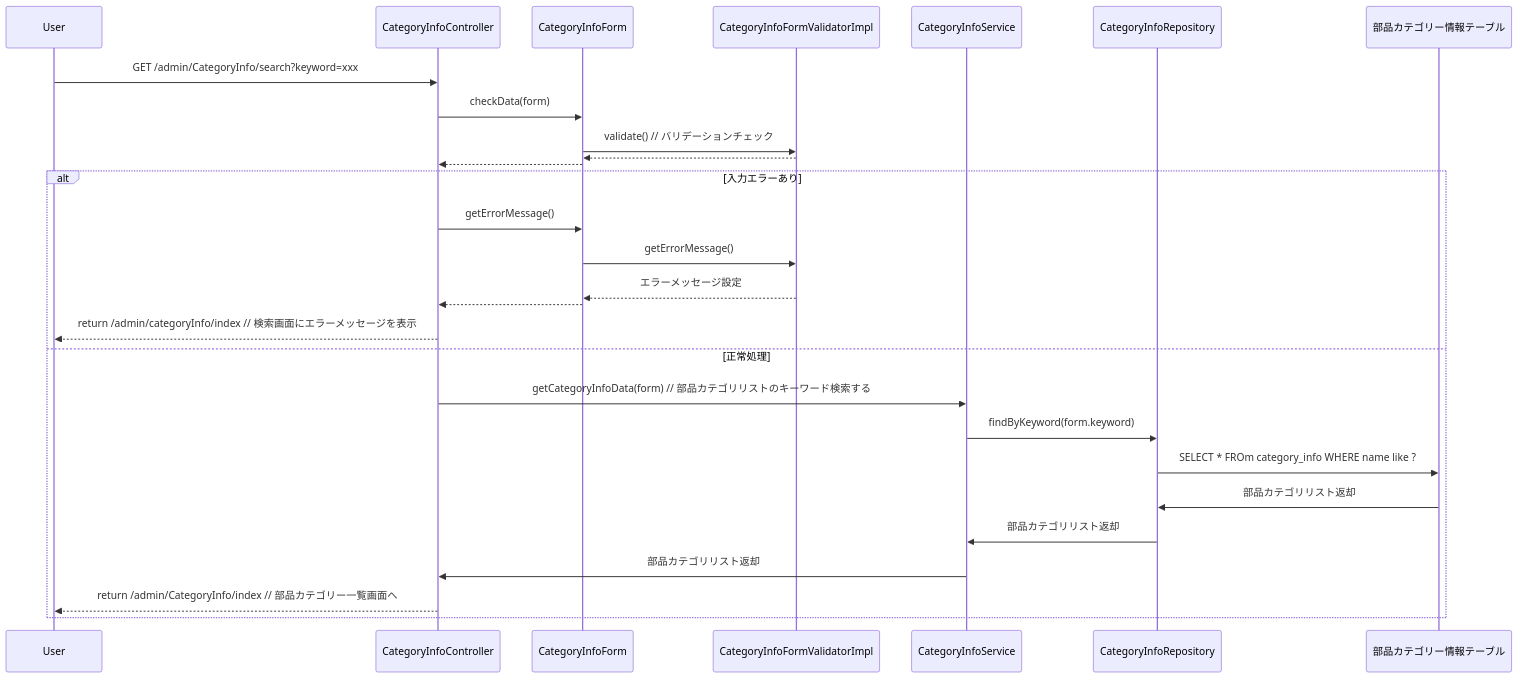
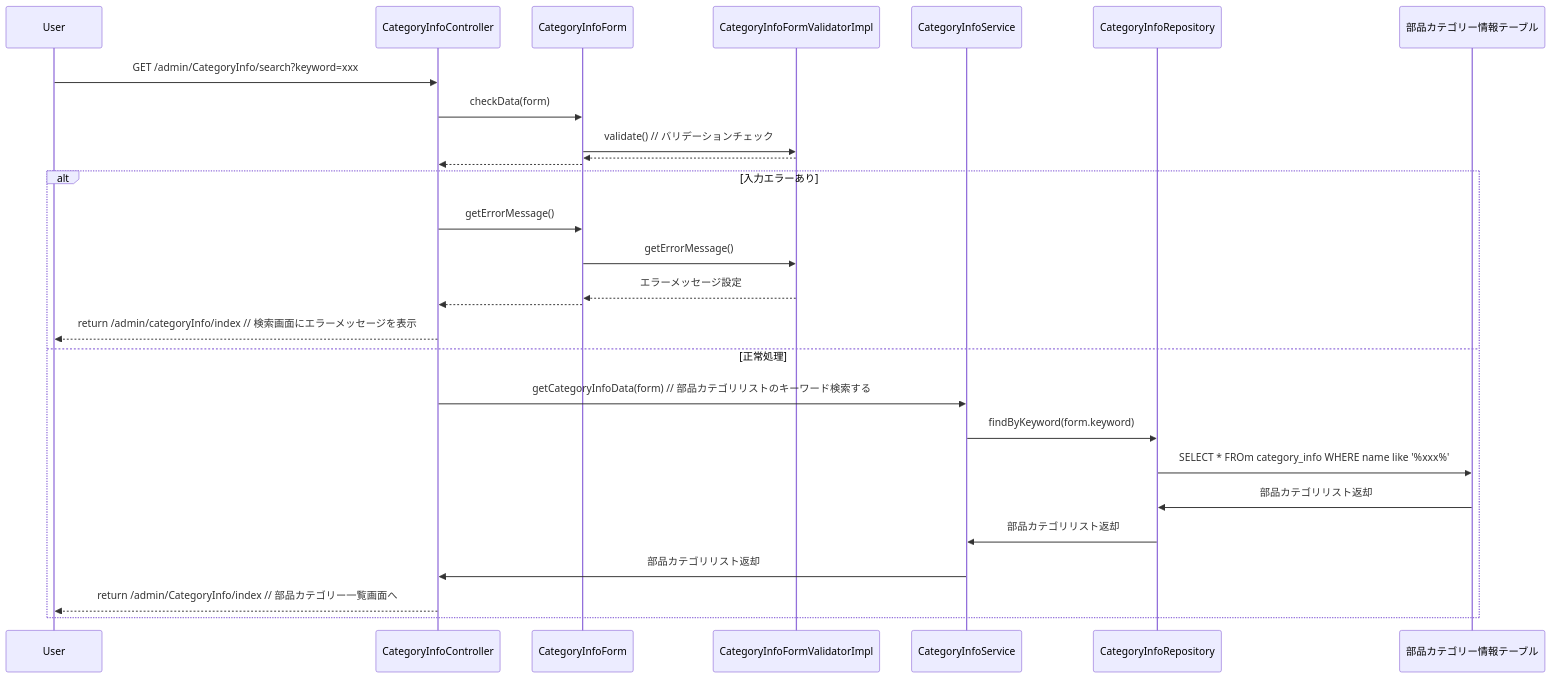
Before and after one commit to ZudenSachenselbst/amoibe: the diagram in mermaid/retrieve.mmd, drawn with Mermaid.

Commit message:
SQL like statement を修正

```diff
--- a/mermaid/retrieve.mmd
+++ b/mermaid/retrieve.mmd
@@ -1,30 +1,30 @@
 sequenceDiagram
     participant User
     participant Controller as CategoryInfoController
     participant Form as CategoryInfoForm
     participant Validator as CategoryInfoFormValidatorImpl
     participant Service as CategoryInfoService
     participant Repository as CategoryInfoRepository
     participant DB as 部品カテゴリー情報テーブル
 
     User->>Controller: GET /admin/CategoryInfo/search?keyword=xxx
     Controller->>Form: checkData(form)
     Form->>Validator: validate() // バリデーションチェック
     Validator-->>Form:
     Form-->>Controller:
 
     alt 入力エラーあり
         Controller->> Form: getErrorMessage()
         Form->>Validator:getErrorMessage()
         Validator-->>Form: エラーメッセージ設定
         Form-->>Controller: 
         Controller-->>User: return /admin/categoryInfo/index   // 検索画面にエラーメッセージを表示
     else 正常処理
         Controller->>Service: getCategoryInfoData(form) // 部品カテゴリリストのキーワード検索する
         Service->> Repository: findByKeyword(form.keyword)
-        Repository->>DB: SELECT * FROm category_info WHERE name like ? 
+        Repository->>DB: SELECT * FROm category_info WHERE name like '%xxx%'
         DB->> Repository: 部品カテゴリリスト返却
         Repository->>Service: 部品カテゴリリスト返却
         Service->>Controller: 部品カテゴリリスト返却
         Controller-->>User: return /admin/CategoryInfo/index  // 部品カテゴリー一覧画面へ
     end
```
